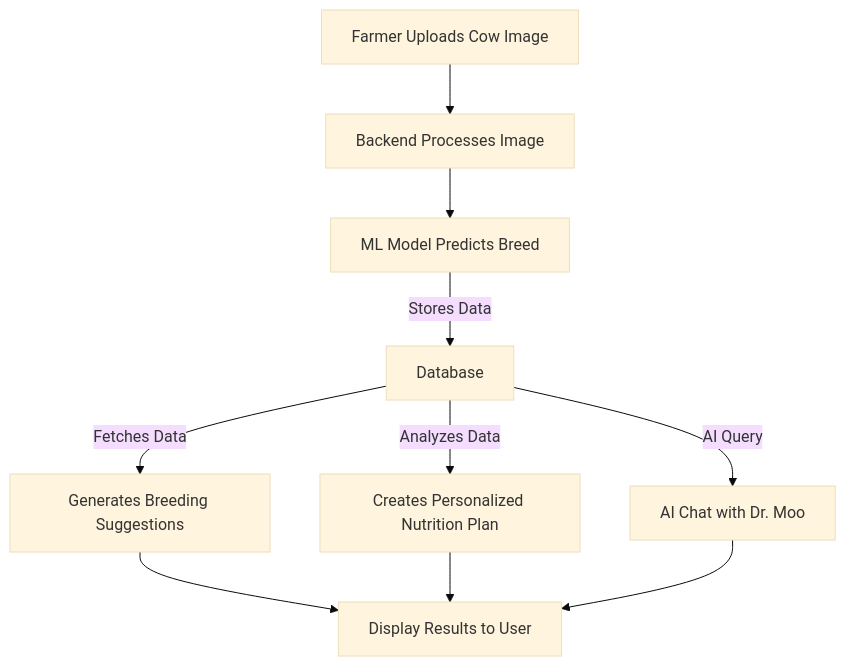
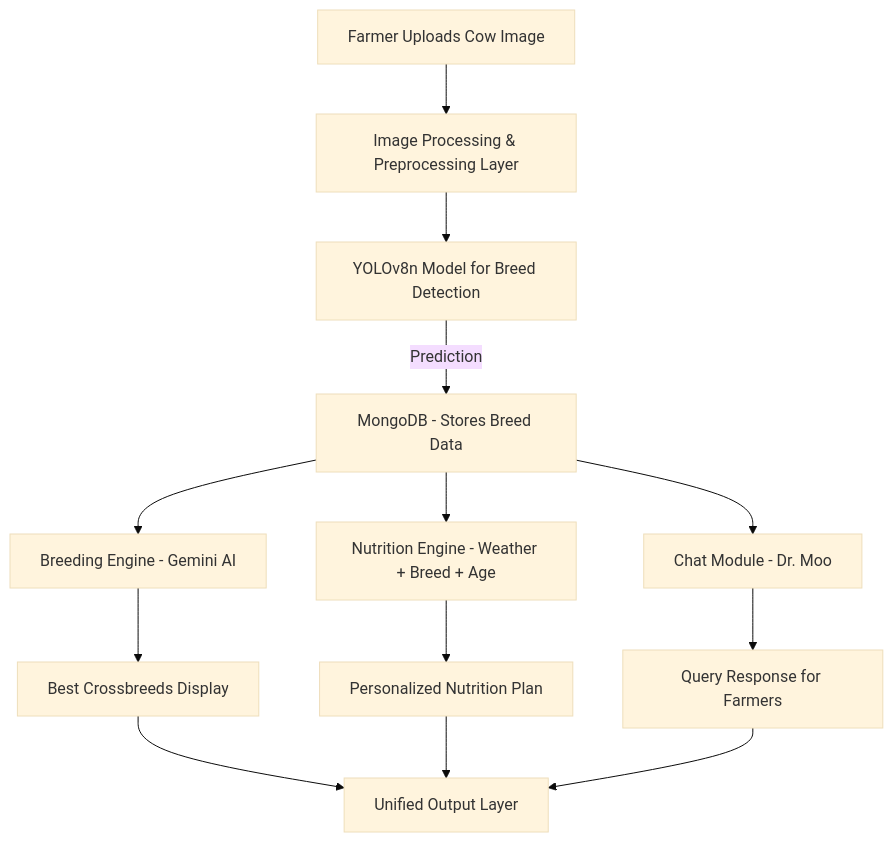
The first of 5 diagrams in README.md (Maheshh-S/AquaBov), drawn with Mermaid (base theme) before and after one commit. The commit also changed other lines of this file, not shown here.

````diff
--- a/README.md
+++ b/README.md
@@ -28,12 +28,15 @@
 ```mermaid
 graph TD;
-    A[Farmer Uploads Cow Image] --> B[Backend Processes Image]
-    B --> C[ML Model Predicts Breed]
-    C -->|Stores Data| D[Database]
-    D -->|Fetches Data| E[Generates Breeding Suggestions]
-    D -->|Analyzes Data| F[Creates Personalized Nutrition Plan]
-    D -->|AI Query| G[AI Chat with Dr. Moo]
-    E --> H[Display Results to User]
-    F --> H
-    G --> H
+    A[Farmer Uploads Cow Image] --> B[Image Processing & Preprocessing Layer]
+    B --> C[YOLOv8n Model for Breed Detection]
+    C -->|Prediction| D[MongoDB - Stores Breed Data]
+    D --> E[Breeding Engine - Gemini AI]
+    D --> F[Nutrition Engine - Weather + Breed + Age]
+    D --> G[Chat Module - Dr. Moo]
+    E --> H[Best Crossbreeds Display]
+    F --> I[Personalized Nutrition Plan]
+    G --> J[Query Response for Farmers]
+    H --> K[Unified Output Layer]
+    I --> K
+    J --> K
 ```
````
